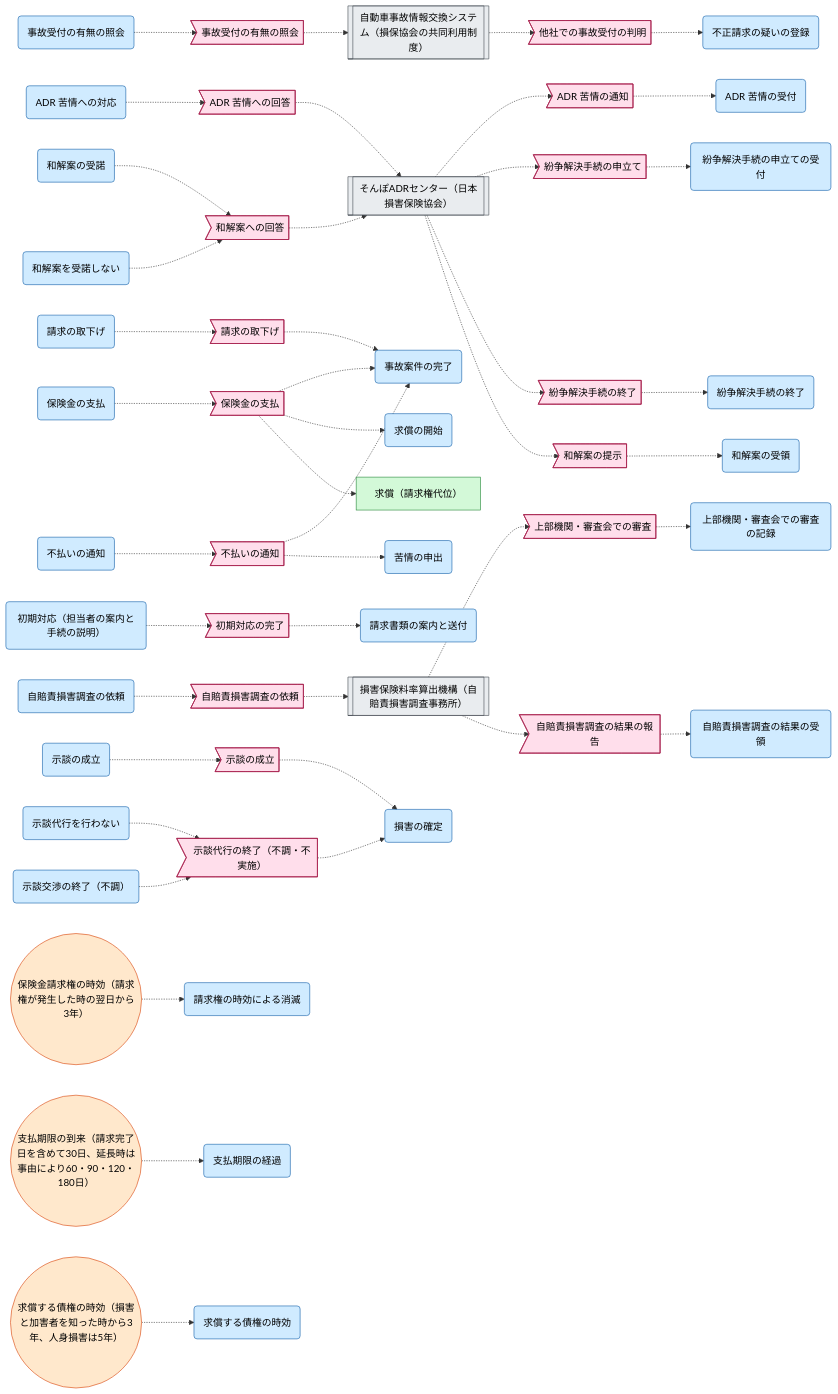
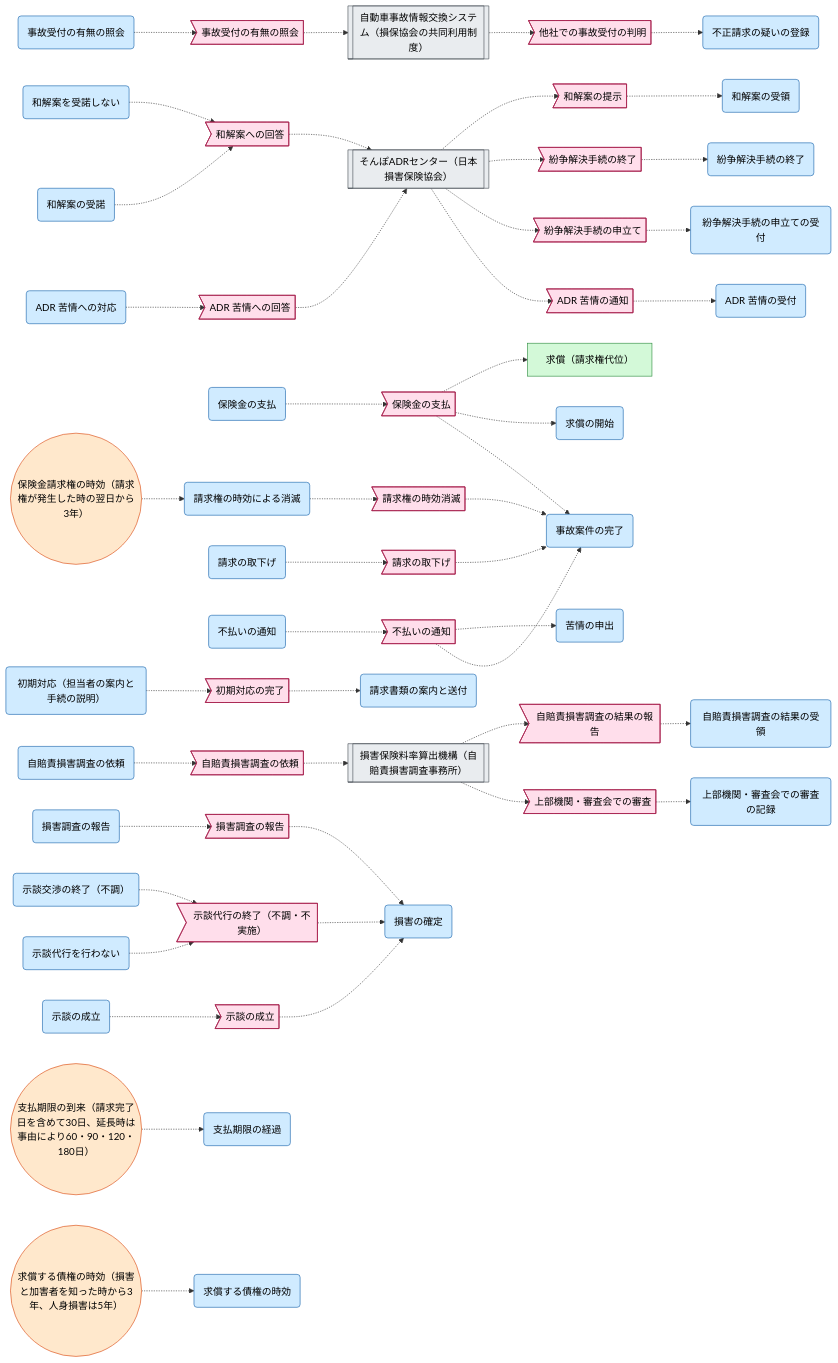
The diagram in samples/insurance-claim-ops/out/event_flow.mmd (manji-0/rdra-ish-dsl), drawn with Mermaid before and after one commit. The commit also changed 24 other files, not shown here.

```diff
--- a/samples/insurance-claim-ops/out/event_flow.mmd
+++ b/samples/insurance-claim-ops/out/event_flow.mmd
@@ -1,130 +1,138 @@
 %% rdra-ish diagram=event scope=whole model=samples/insurance-claim-ops
 %% kinds: event usecase extsystem buc timer
 %% omitted: state transitions
 flowchart LR
   event__EvAccidentQueried>"事故受付の有無の照会"]:::event
   usecase__QueryAccidentExchange("事故受付の有無の照会"):::usecase
   %% desc usecase__QueryAccidentExchange: 車両事故・対物事故について、同じ事故が他社で受け付けられていないかを自動車事故情報交換システムで照会する。
   usecase__QueryAccidentExchange -.-> event__EvAccidentQueried
   extsystem__AccidentInfoExchange[["自動車事故情報交換システム（損保協会の共同利用制度）"]]:::extsystem
   event__EvAccidentQueried -.-> extsystem__AccidentInfoExchange
   event__EvAdrComplaintAnswered>"ADR 苦情への回答"]:::event
   usecase__AnswerAdrComplaint("ADR 苦情への対応"):::usecase
   %% desc usecase__AnswerAdrComplaint: 申出人と話し合って苦情を解決し、センターに結果を回答する。
   usecase__AnswerAdrComplaint -.-> event__EvAdrComplaintAnswered
   extsystem__SonpoAdrCenter[["そんぽADRセンター（日本損害保険協会）"]]:::extsystem
   event__EvAdrComplaintAnswered -.-> extsystem__SonpoAdrCenter
   event__EvAdrComplaintNotified>"ADR 苦情の通知"]:::event
   extsystem__SonpoAdrCenter -.-> event__EvAdrComplaintNotified
   usecase__RecordAdrComplaint("ADR 苦情の受付"):::usecase
   %% desc usecase__RecordAdrComplaint: そんぽADRセンターから苦情の通知を受け、対応を始める。
   event__EvAdrComplaintNotified -.-> usecase__RecordAdrComplaint
   event__EvAdrDisputeFiled>"紛争解決手続の申立て"]:::event
   extsystem__SonpoAdrCenter -.-> event__EvAdrDisputeFiled
   usecase__RecordDisputeFiled("紛争解決手続の申立ての受付"):::usecase
   %% desc usecase__RecordDisputeFiled: 申出人が紛争解決手続を申し立てたと、センターから知らせを受ける。
   event__EvAdrDisputeFiled -.-> usecase__RecordDisputeFiled
   event__EvAdrDisputeTerminated>"紛争解決手続の終了"]:::event
   extsystem__SonpoAdrCenter -.-> event__EvAdrDisputeTerminated
   usecase__RecordDisputeTerminated("紛争解決手続の終了"):::usecase
   %% desc usecase__RecordDisputeTerminated: 和解の見込みがないとして手続が終わったと知らせを受ける。申出人は通知から1月以内に提訴すれば時効の完成が猶予される。
   event__EvAdrDisputeTerminated -.-> usecase__RecordDisputeTerminated
   event__EvAdrProposalAnswered>"和解案への回答"]:::event
   usecase__AcceptProposal("和解案の受諾"):::usecase
   %% desc usecase__AcceptProposal: 和解案を受け入れ、和解を成立させる。
   usecase__AcceptProposal -.-> event__EvAdrProposalAnswered
   usecase__RejectProposal("和解案を受諾しない"):::usecase
   %% desc usecase__RejectProposal: 特別調停案でない和解案を受け入れないと回答する。特別調停案は受諾しなければならない。
   usecase__RejectProposal -.-> event__EvAdrProposalAnswered
   event__EvAdrProposalAnswered -.-> extsystem__SonpoAdrCenter
   event__EvAdrProposalPresented>"和解案の提示"]:::event
   extsystem__SonpoAdrCenter -.-> event__EvAdrProposalPresented
   usecase__RecordProposal("和解案の受領"):::usecase
   %% desc usecase__RecordProposal: 手続実施委員から和解案を受け取る。和解案が特別調停案かを記録する。
   event__EvAdrProposalPresented -.-> usecase__RecordProposal
   event__EvClaimPaid>"保険金の支払"]:::event
   usecase__PayClaim("保険金の支払"):::usecase
   %% desc usecase__PayClaim: 支払金額と内訳（主たる保険金と特約・費用保険金）、算定の理由を説明して、被保険者・被害者・修理工場に払う。期限を過ぎていれば遅延利息を加える。
   usecase__PayClaim -.-> event__EvClaimPaid
   usecase__CloseCase("事故案件の完了"):::usecase
   %% desc usecase__CloseCase: 請求の支払・不払の通知・取下げを受けて、事故案件を完了にする。過失の判断が残っていれば先に済ませる。
   event__EvClaimPaid -.-> usecase__CloseCase
   usecase__StartSubrogation("求償の開始"):::usecase
   %% desc usecase__StartSubrogation: 保険金を払った請求について、被保険者から移った損害賠償請求権の額（払った額と被保険者の債権のいずれか少ない額）を確かめ、相手方への求償を始める。
   event__EvClaimPaid -.-> usecase__StartSubrogation
   buc__BucSubrogation["求償（請求権代位）"]:::buc
   %% desc buc__BucSubrogation: 保険会社は保険金を払うと、払った額と被保険者の債権の額のいずれか少ない額を限度に、被保険者が相手方に持つ損害賠償請求権を当然に取得する（請求権代位）。被保険者の残りの債権が優先する。保険会社は相手方（とその保険会社）に求償し、回収するか断念する。相手方への請求権は、損害と加害者を知った時から3年（人身損害は5年）で時効にかかる。
   event__EvClaimPaid -.-> buc__BucSubrogation
+  event__EvClaimTimeBarred>"請求権の時効消滅"]:::event
+  usecase__TimeBarClaim("請求権の時効による消滅"):::usecase
+  %% desc usecase__TimeBarClaim: 請求が完了しないまま、請求権が発生した時の翌日から3年が過ぎ、請求権が時効で消える。
+  usecase__TimeBarClaim -.-> event__EvClaimTimeBarred
+  event__EvClaimTimeBarred -.-> usecase__CloseCase
   event__EvClaimWithdrawn>"請求の取下げ"]:::event
   usecase__WithdrawClaim("請求の取下げ"):::usecase
   %% desc usecase__WithdrawClaim: 請求者が請求を取り下げる。担当者は理由・日付・方法・確認先を記録する。
   usecase__WithdrawClaim -.-> event__EvClaimWithdrawn
   event__EvClaimWithdrawn -.-> usecase__CloseCase
   event__EvDenialNotified>"不払いの通知"]:::event
   usecase__NotifyDenial("不払いの通知"):::usecase
   %% desc usecase__NotifyDenial: 理由を説明したうえで、支払わないことを書面で通知する。了解が得られなければ、そんぽADRセンターなどの相談機関を案内する。
   usecase__NotifyDenial -.-> event__EvDenialNotified
   event__EvDenialNotified -.-> usecase__CloseCase
   usecase__FileComplaint("苦情の申出"):::usecase
   %% desc usecase__FileComplaint: 契約者・被保険者または被害者が、支払・不払や対応について保険会社に苦情を申し出る。
   event__EvDenialNotified -.-> usecase__FileComplaint
   event__EvDuplicateAccidentFound>"他社での事故受付の判明"]:::event
   extsystem__AccidentInfoExchange -.-> event__EvDuplicateAccidentFound
   usecase__FlagSuspectedFraud("不正請求の疑いの登録"):::usecase
   %% desc usecase__FlagSuspectedFraud: 事故状況・因果関係・修理や治療の内容に不自然な点があるか、他社での事故受付が分かったとき、請求を疑義事案として登録し、深く調べる。
   event__EvDuplicateAccidentFound -.-> usecase__FlagSuspectedFraud
   event__EvInitialResponded>"初期対応の完了"]:::event
   usecase__RespondInitially("初期対応（担当者の案内と手続の説明）"):::usecase
   %% desc usecase__RespondInitially: 担保種目ごとに担当者を決め、所属部署・氏名・連絡先を案内する。警察への届出と交通事故証明書、損害の防止、無断で責任を認めないことを説明し、支払の対象になりうる保険金と請求の手続を説明する。
   usecase__RespondInitially -.-> event__EvInitialResponded
   usecase__SendClaimForms("請求書類の案内と送付"):::usecase
   %% desc usecase__SendClaimForms: 担当者が請求者に請求の手続を説明し、請求書と、交通事故証明書・診断書・見積書・示談書など必要な書類を案内して送る。
   event__EvInitialResponded -.-> usecase__SendClaimForms
   event__EvJibaisekiSurveyEscalated>"上部機関・審査会での審査"]:::event
   extsystem__Giroj[["損害保険料率算出機構（自賠責損害調査事務所）"]]:::extsystem
   extsystem__Giroj -.-> event__EvJibaisekiSurveyEscalated
   usecase__RecordJibaisekiEscalation("上部機関・審査会での審査の記録"):::usecase
   %% desc usecase__RecordJibaisekiEscalation: 損保料率機構から、事案が地区本部・本部または審査会の審査に回ったと知らせを受けて記録する。
   event__EvJibaisekiSurveyEscalated -.-> usecase__RecordJibaisekiEscalation
   event__EvJibaisekiSurveyReported>"自賠責損害調査の結果の報告"]:::event
   extsystem__Giroj -.-> event__EvJibaisekiSurveyReported
   usecase__RecordJibaisekiResult("自賠責損害調査の結果の受領"):::usecase
   %% desc usecase__RecordJibaisekiResult: 損保料率機構の調査結果（有無責、後遺障害の等級、重過失減額の有無）を受け取り、支払額の決定に使う。
   event__EvJibaisekiSurveyReported -.-> usecase__RecordJibaisekiResult
   event__EvJibaisekiSurveyRequested>"自賠責損害調査の依頼"]:::event
   usecase__SendJibaisekiSurvey("自賠責損害調査の依頼"):::usecase
   %% desc usecase__SendJibaisekiSurvey: 一括払いに同意を得た人身の事故について、自賠責の請求書類を確かめて損保料率機構の自賠責損害調査事務所に送る。
   usecase__SendJibaisekiSurvey -.-> event__EvJibaisekiSurveyRequested
   event__EvJibaisekiSurveyRequested -.-> extsystem__Giroj
   event__EvSettlementAgreed>"示談の成立"]:::event
   usecase__AgreeSettlement("示談の成立"):::usecase
   %% desc usecase__AgreeSettlement: 示談案を提示し、被害者と合意して示談書を取り交わす。賠償の保険金の請求権がこのとき発生する。
   usecase__AgreeSettlement -.-> event__EvSettlementAgreed
   usecase__AssessDamage("損害の確定"):::usecase
   %% desc usecase__AssessDamage: 調査の報告を受けて損害を確定する。賠償の事故では過失を判断した後に、示談代行をしたときは示談の成立か終了の後に確定する。
   event__EvSettlementAgreed -.-> usecase__AssessDamage
   event__EvSettlementEnded>"示談代行の終了（不調・不実施）"]:::event
   usecase__DeclineSettlementService("示談代行を行わない"):::usecase
   %% desc usecase__DeclineSettlementService: 被害者が同意しない、被保険者が協力しない、賠償額が保険金額を明らかに超えるなど、約款の定める場合に示談代行を行わないと決め、契約者に伝える。
   usecase__DeclineSettlementService -.-> event__EvSettlementEnded
   usecase__EndNegotiationUnresolved("示談交渉の終了（不調）"):::usecase
   %% desc usecase__EndNegotiationUnresolved: 示談がまとまらず、調停または訴訟に移る。調停・訴訟の中身は対象外。
   usecase__EndNegotiationUnresolved -.-> event__EvSettlementEnded
   event__EvSettlementEnded -.-> usecase__AssessDamage
+  event__EvSurveyReported>"損害調査の報告"]:::event
+  usecase__ReportSurvey("損害調査の報告"):::usecase
+  %% desc usecase__ReportSurvey: アジャスターが調査の結果を報告する。法的・医学的・工学的な判断を要する事案は専門家の見解を添える。
+  usecase__ReportSurvey -.-> event__EvSurveyReported
+  event__EvSurveyReported -.-> usecase__AssessDamage
   timer__ClaimLimitation(("保険金請求権の時効（請求権が発生した時の翌日から3年）")):::timer
-  usecase__TimeBarClaim("請求権の時効による消滅"):::usecase
-  %% desc usecase__TimeBarClaim: 請求が完了しないまま、請求権が発生した時の翌日から3年が過ぎ、請求権が時効で消える。
   timer__ClaimLimitation -.-> usecase__TimeBarClaim
   timer__PaymentDeadline(("支払期限の到来（請求完了日を含めて30日、延長時は事由により60・90・120・180日）")):::timer
   usecase__MarkPaymentOverdue("支払期限の経過"):::usecase
   %% desc usecase__MarkPaymentOverdue: 支払期限（30日、延長したときは延長の日数）を過ぎても支払・不払の通知をしていない請求に、遅延利息の起算を記録する。
   timer__PaymentDeadline -.-> usecase__MarkPaymentOverdue
   timer__SubrogationLimitation(("求償する債権の時効（損害と加害者を知った時から3年、人身損害は5年）")):::timer
   usecase__LapseSubrogation("求償する債権の時効"):::usecase
   %% desc usecase__LapseSubrogation: 相手方への損害賠償請求権が時効（3年、人身損害は5年）にかかり、求償を終える。
   timer__SubrogationLimitation -.-> usecase__LapseSubrogation
   classDef event fill:#ffdeeb,stroke:#a61e4d,color:#000;
   classDef usecase fill:#d0ebff,stroke:#1864ab,color:#000;
   classDef extsystem fill:#e9ecef,stroke:#495057,color:#000;
   classDef buc fill:#d3f9d8,stroke:#2b8a3e,color:#000;
   classDef timer fill:#ffe8cc,stroke:#d9480f,color:#000;
```
